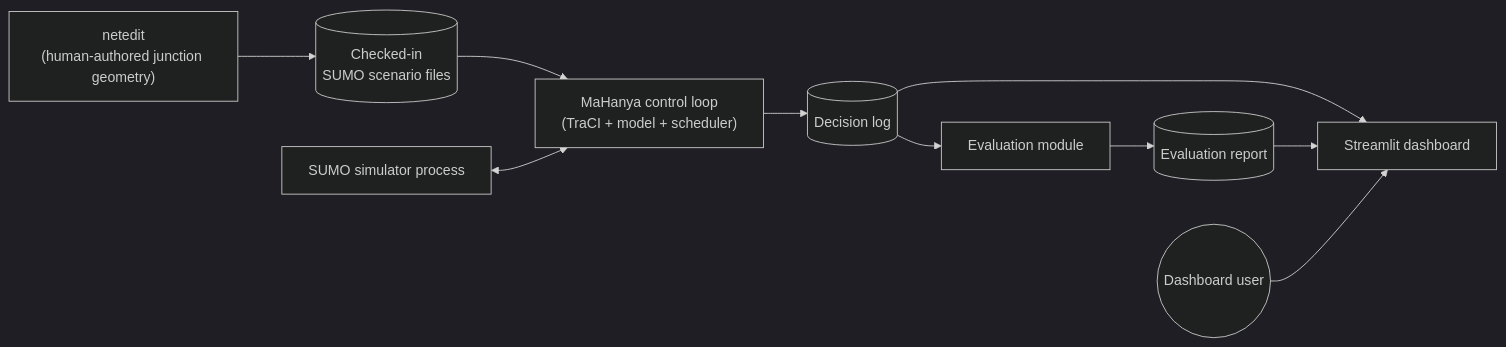
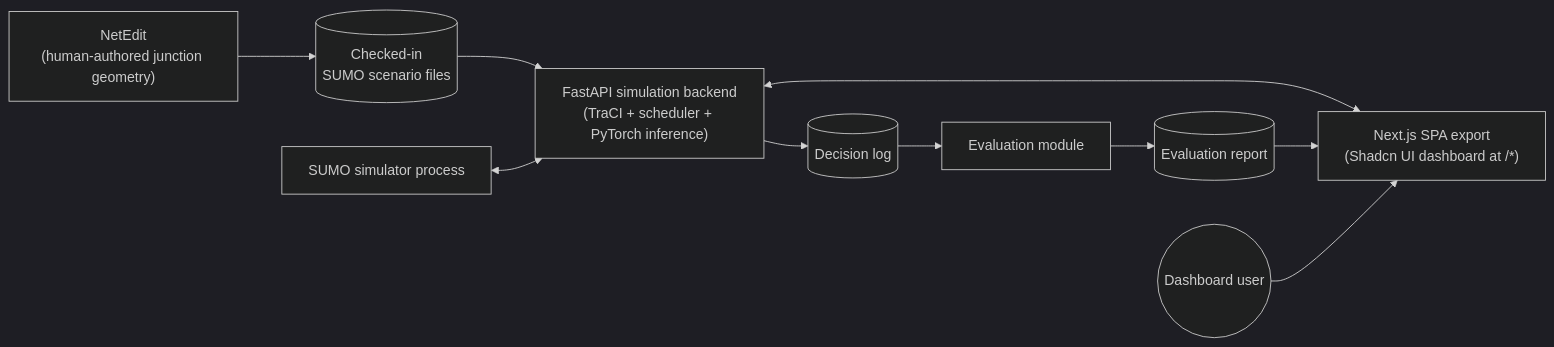
One commit to abdulazeezoj/mvp-mahanya changed the first of 2 diagrams in docs/ARCHITECTURE.md. Above: the diagram before and after it, drawn with Mermaid (dark theme). The commit also changed other lines of this file, not shown here.

````diff
--- a/docs/ARCHITECTURE.md
+++ b/docs/ARCHITECTURE.md
@@ -15,12 +15,12 @@
 ```mermaid
 flowchart LR
-    Netedit["netedit\n(human-authored junction geometry)"] --> Repo[(Checked-in\nSUMO scenario files)]
-    Repo --> ControlLoop["MaHanya control loop\n(TraCI + model + scheduler)"]
-    SUMO["SUMO simulator process"] <--> ControlLoop
-    ControlLoop --> Log[(Decision log)]
-    Log --> Dashboard["Streamlit dashboard"]
+    NetEdit["NetEdit\n(human-authored junction geometry)"] --> Repo[(Checked-in\nSUMO scenario files)]
+    Repo --> SimBackend["FastAPI simulation backend\n(TraCI + scheduler + PyTorch inference)"]
+    SUMO["SUMO simulator process"] <--> SimBackend
+    SimBackend --> Log[(Decision log)]
+    SimBackend <--> Web["Next.js SPA export\n(Shadcn UI dashboard at /*)"]
     Log --> Eval["Evaluation module"]
     Eval --> Report[(Evaluation report)]
-    Report --> Dashboard
-    User(("Dashboard user")) --> Dashboard
+    Report --> Web
+    User(("Dashboard user")) --> Web
 ```
````
